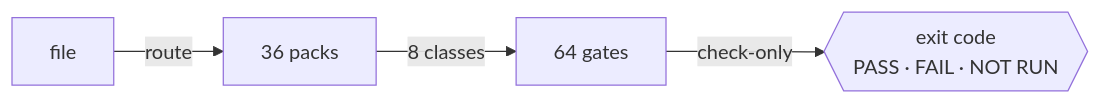
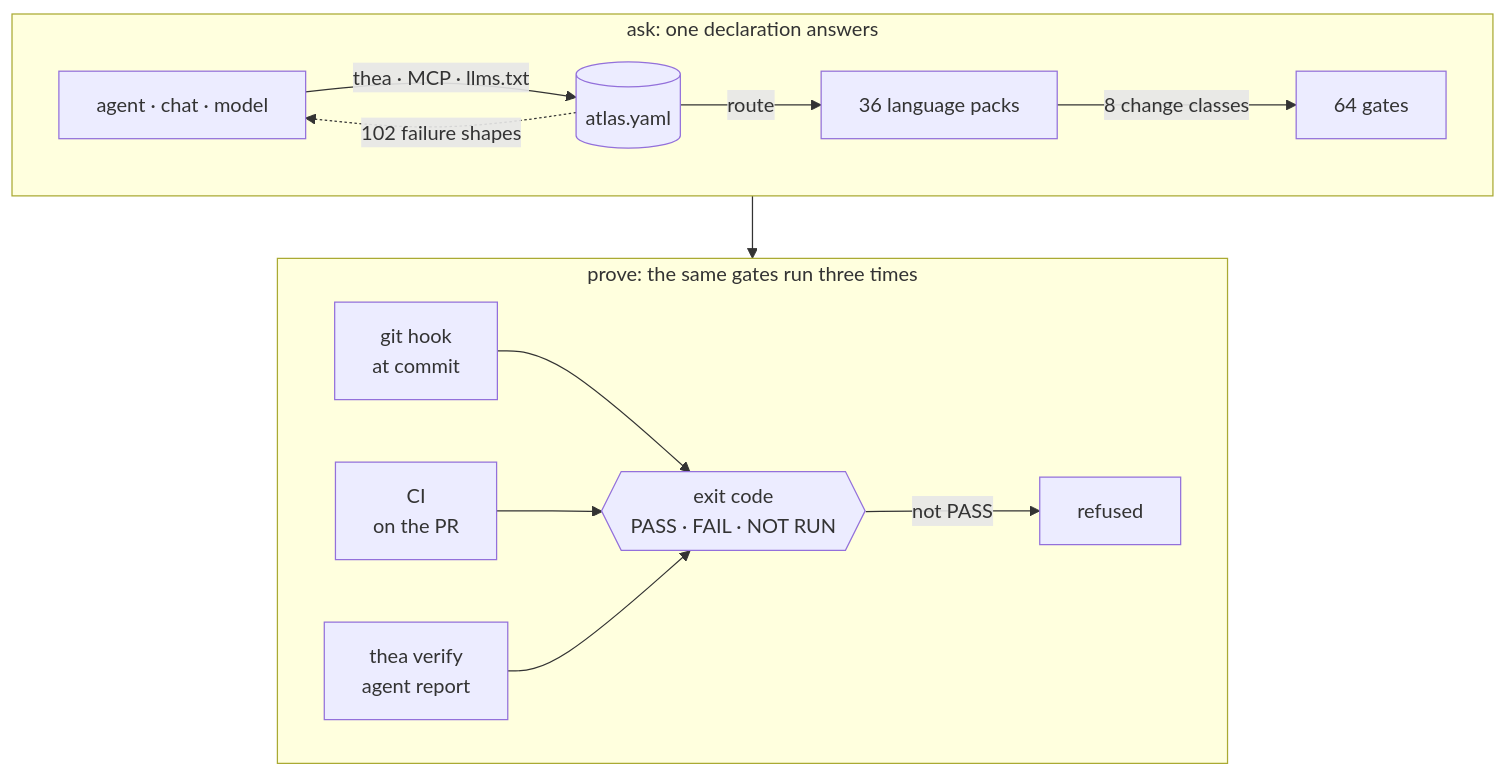
One commit to HLIntel/Headron changed the diagram in README.md. Above: the diagram before and after it, drawn with Mermaid. The commit also changed 1 other file, not shown here.

Commit message:
readme: the diagram unfolds the whole loop — who asks, the declaration, its lessons, the three places the gates run, the refusal
Two left-to-right rows (ask, prove) so the text stays readable at page width
and the right edge is clear of GitHub's zoom controls; accDescr carries the
same flow as text.

````diff
--- a/README.md
+++ b/README.md
@@ -36,6 +36,16 @@
 ```mermaid
-flowchart LR
+flowchart TB
   accTitle: How Thea proves a change
-  accDescr: file, routed to 1 of 36 language packs, 8 change classes select from 64 gates, each gate runs a check-only command, and its exit code is the verdict PASS, FAIL or NOT RUN
-  F[file] -->|route| P[36 packs] -->|8 classes| G[64 gates] -->|check-only| V{{exit code<br>PASS · FAIL · NOT RUN}}
+  accDescr: an agent, chat or model asks through the thea CLI, MCP or llms.txt, atlas.yaml routes the file to 1 of 36 language packs and hands back 102 known failure shapes, 8 change classes select from 64 gates, the same check-only gates run at commit in a git hook, on the pull request in CI and in the agent's thea verify report, the exit code is the verdict PASS, FAIL or NOT RUN, and anything but PASS refuses the change
+  subgraph ask [ask: one declaration answers]
+    direction LR
+    A[agent · chat · model] -->|thea · MCP · llms.txt| D[(atlas.yaml)]
+    D -.->|102 failure shapes| A
+    D -->|route| P[36 language packs] -->|8 change classes| G[64 gates]
+  end
+  subgraph run [prove: the same gates run three times]
+    direction LR
+    H[git hook<br>at commit] & C[CI<br>on the PR] & R[thea verify<br>agent report] --> V{{exit code<br>PASS · FAIL · NOT RUN}} -->|not PASS| X[refused]
+  end
+  ask --> run
 ```
````
